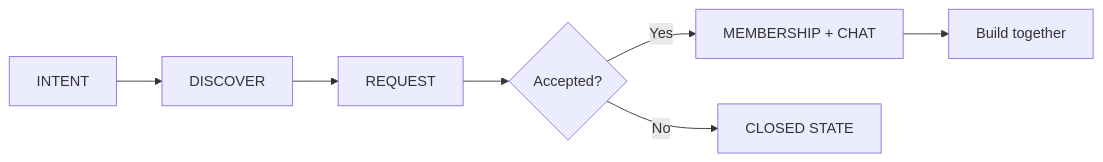
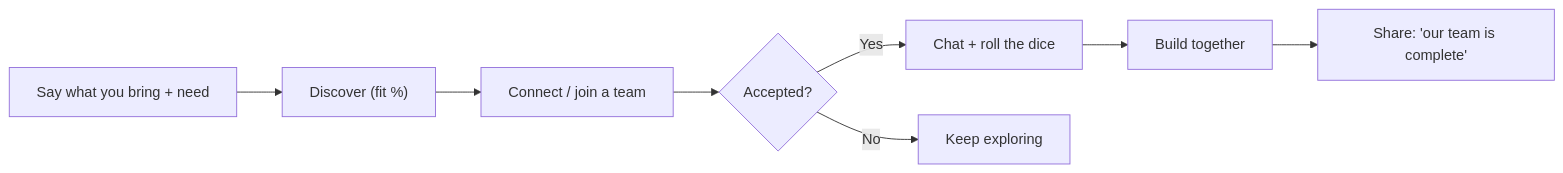
One commit to hudaalzharani-commits/Loop_showcase changed the first of 2 diagrams in README.md. Above: the diagram before and after it, drawn with Mermaid. The commit also changed other lines of this file and 8 other files, not shown here.

````diff
--- a/README.md
+++ b/README.md
@@ -78,9 +82,10 @@
 ```mermaid
 flowchart LR
-    A["INTENT"] --> B["DISCOVER"]
-    B --> C["REQUEST"]
+    A["Say what you bring + need"] --> B["Discover (fit %)"]
+    B --> C["Connect / join a team"]
     C --> D{"Accepted?"}
-    D -->|Yes| E["MEMBERSHIP + CHAT"]
-    D -->|No| F["CLOSED STATE"]
+    D -->|Yes| E["Chat + roll the dice"]
+    D -->|No| F["Keep exploring"]
     E --> G["Build together"]
+    G --> H["Share: 'our team is complete'"]
 ```
````
